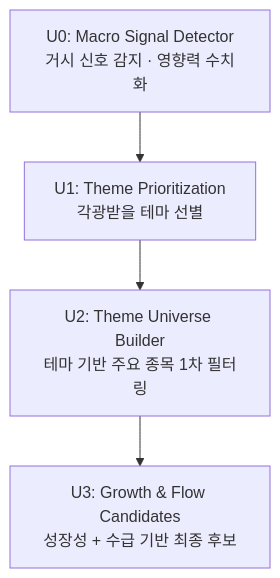
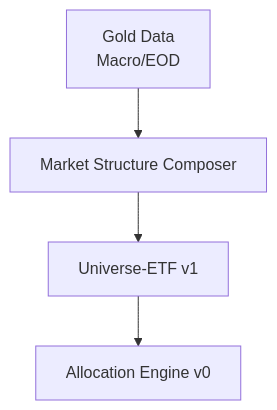
One commit to Ethan0625/pretrend_ai changed the diagram in docs/universe_design.md. Above: the diagram before and after it, drawn with Mermaid. The commit also changed other lines of this file and 220 other files, not shown here.

````diff
--- a/docs/universe_design.md
+++ b/docs/universe_design.md
@@ -23,7 +32,6 @@
 ```mermaid
 flowchart TD
-    U0[U0: Macro Signal Detector<br/>거시 신호 감지 · 영향력 수치화] --> 
-    U1[U1: Theme Prioritization<br/>각광받을 테마 선별] -->
-    U2[U2: Theme Universe Builder<br/>테마 기반 주요 종목 1차 필터링] -->
-    U3[U3: Growth & Flow Candidates<br/>성장성 + 수급 기반 최종 후보]
+    GD[Gold Data<br/>Macro/EOD] --> MSC[Market Structure Composer]
+    MSC --> UNI[Universe-ETF v1]
+    UNI --> ALLOC[Allocation Engine v0]
 ```
````
